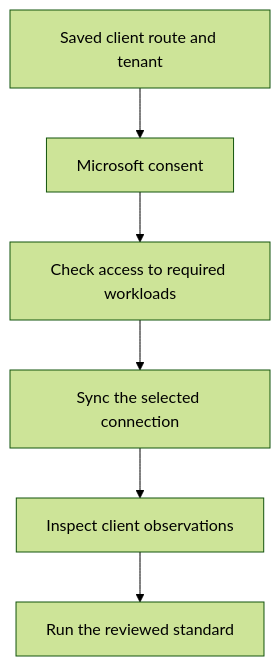
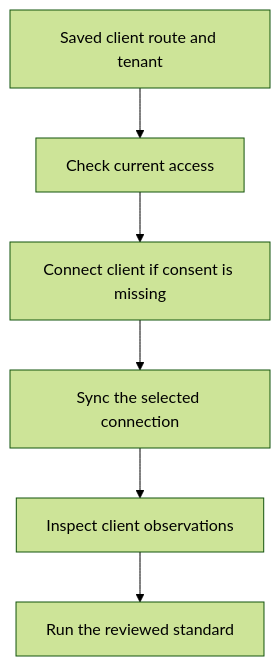
Before and after one commit to ledgrhq/alignr-docs: the diagram in integrations/microsoft-setup.mdx, drawn with Mermaid (forest theme). The commit also changed other lines of this file and 3 other files, not shown here.

Commit message:
docs: clarify Microsoft client access and consent

````diff
--- a/integrations/microsoft-setup.mdx
+++ b/integrations/microsoft-setup.mdx
@@ -111,8 +111,8 @@
 ```mermaid
 flowchart TD
-    A["Saved client route and tenant"] --> B["Microsoft consent"]
-    B --> C["Check access to required workloads"]
+    A["Saved client route and tenant"] --> B["Check current access"]
+    B --> C["Connect client if consent is missing"]
     C --> D["Sync the selected connection"]
     D --> E["Inspect client observations"]
     E --> F["Run the reviewed standard"]
 ```
````
